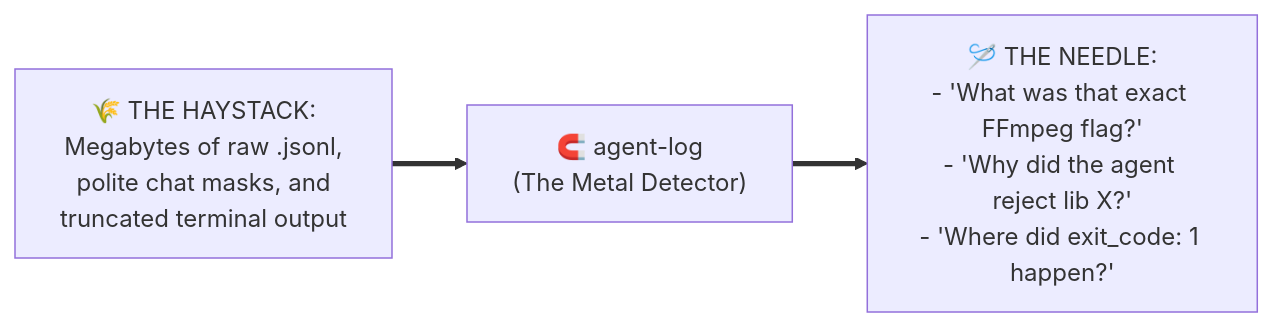
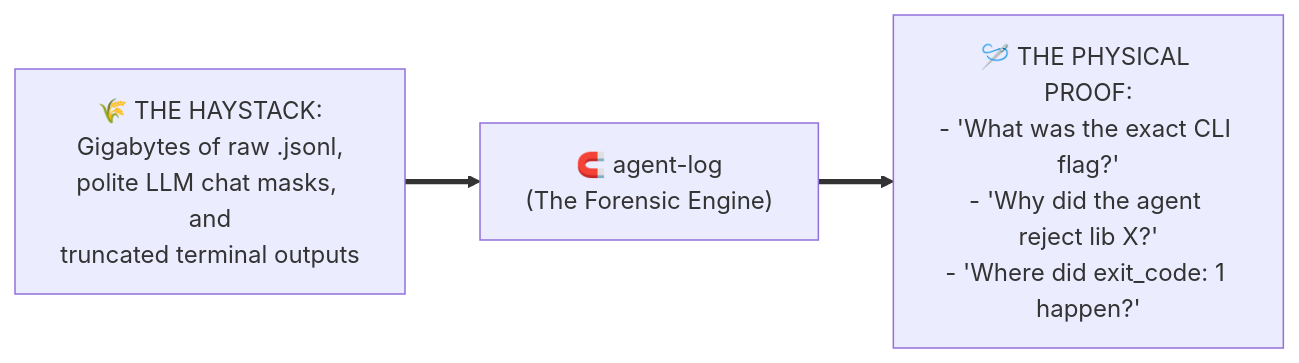
The first of 4 diagrams in README.md (Gabrielrtads/agent-log), drawn with Mermaid before and after one commit. The commit also changed other lines of this file and 1 other file, not shown here.

````diff
--- a/README.md
+++ b/README.md
@@ -21,10 +28,10 @@
 ```mermaid
 flowchart LR
-    Hay["🌾 THE HAYSTACK:\nMegabytes of raw .jsonl,\npolite chat masks, and\ntruncated terminal output"]
+    Hay["🌾 THE HAYSTACK:\nGigabytes of raw .jsonl,\npolite LLM chat masks, and\ntruncated terminal outputs"]
     
-    Detector["🧲 agent-log\n(The Metal Detector)"]
+    Detector["🧲 agent-log\n(The Forensic Engine)"]
     
-    Needle["🪡 THE NEEDLE:\n- 'What was that exact FFmpeg flag?'\n- 'Why did the agent reject lib X?'\n- 'Where did exit_code: 1 happen?'"]
+    Needle["🪡 THE PHYSICAL PROOF:\n- 'What was the exact CLI flag?'\n- 'Why did the agent reject lib X?'\n- 'Where did exit_code: 1 happen?'"]
 
     Hay ==> Detector ==> Needle
 ```
````
